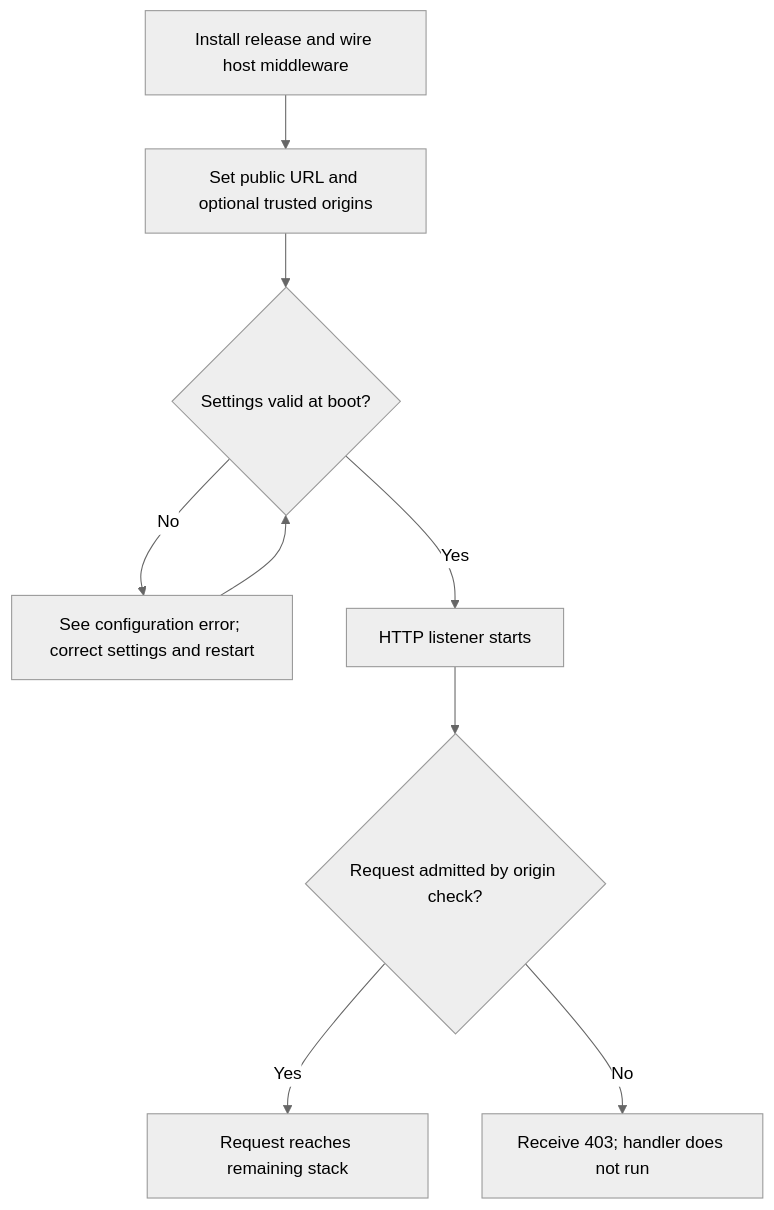
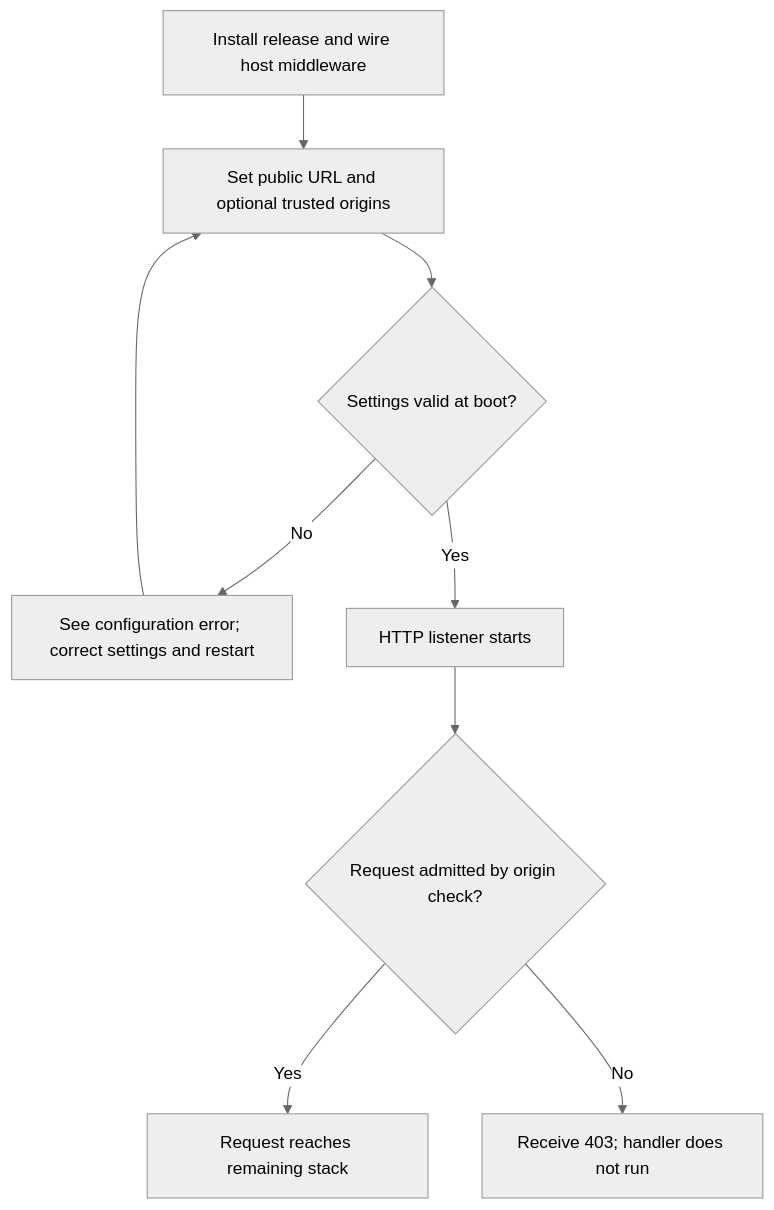
The first of 2 diagrams in user-stories/US-ORIGIN-05-install-and-start.md (Kevinjohn/oss-adonisjs-origin-guard), drawn with Mermaid (neutral theme) before and after one commit. The commit also changed other lines of this file and 7 other files, not shown here.

````diff
--- a/user-stories/US-ORIGIN-05-install-and-start.md
+++ b/user-stories/US-ORIGIN-05-install-and-start.md
@@ -23,11 +23,11 @@
 ```mermaid
 flowchart TD
     A["Install release and wire host middleware"] --> S["Set public URL and optional trusted origins"]
     S --> B{"Settings valid at boot?"}
     B -->|No| C["See configuration error; correct settings and restart"]
-    C --> B
+    C --> S
     B -->|Yes| D["HTTP listener starts"]
     D --> E{"Request admitted by origin check?"}
     E -->|Yes| F["Request reaches remaining stack"]
     E -->|No| G["Receive 403; handler does not run"]
 ```
````
